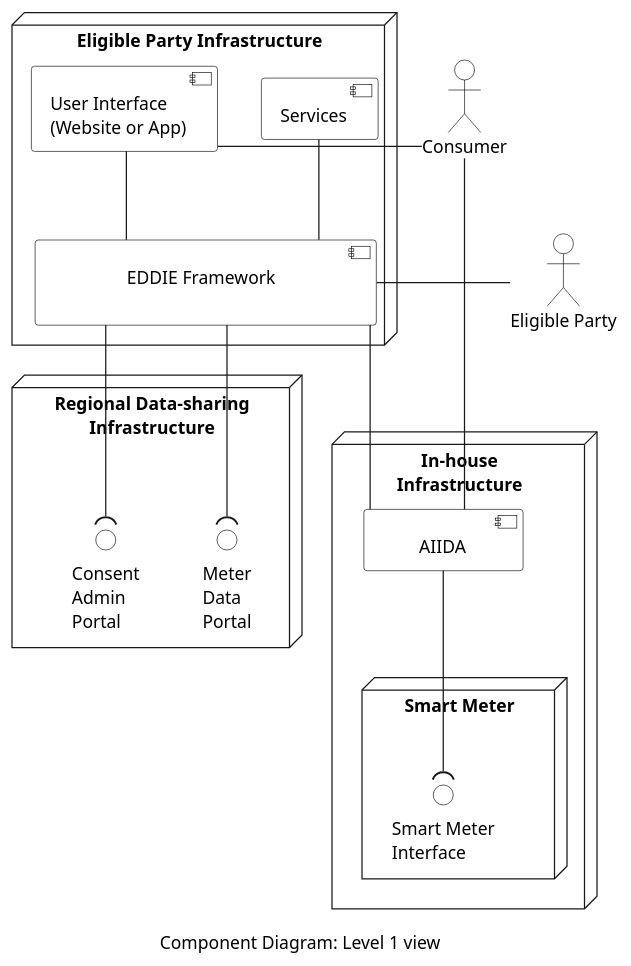
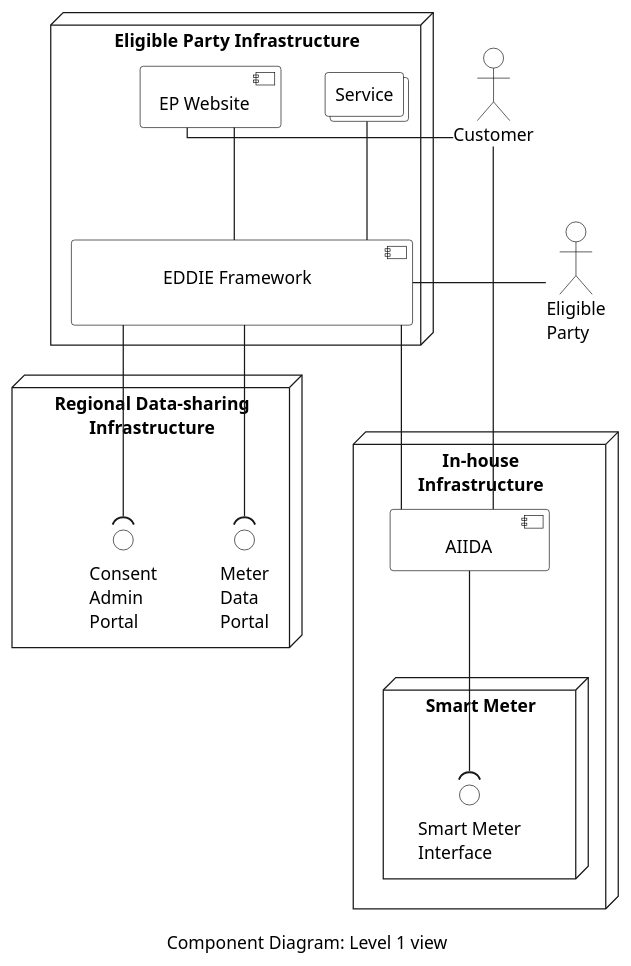
One commit to eddie-energy/architecture changed the diagram in arc42/05-building-block-view/figures/component-diagram-level-1.puml. Above: the diagram before and after it, drawn with PlantUML. The commit also changed 129 other files, not shown here.

```diff
--- a/arc42/05-building-block-view/figures/component-diagram-level-1.puml
+++ b/arc42/05-building-block-view/figures/component-diagram-level-1.puml
@@ -1,64 +1,68 @@
 @startuml component-diagram-level-1
 'component diagram
 caption Component Diagram: Level 1 view
 
 skinparam linetype ortho
 skinparam interface {
   backgroundColor transparent
   borderColor black
 }
 skinparam component{
   BorderColor black
   BackgroundColor transparent
 }
 skinparam actor{
   BorderColor black
   BackgroundColor transparent
 }
 skinparam database{
   BorderColor black
   BackgroundColor transparent
 }
 skinparam rectangle{
   BorderColor transparent
   BackgroundColor transparent
   FontColor transparent
 }
+skinparam collections{
+  BorderColor black
+  BackgroundColor white
+}
 
 
 
 node "Eligible Party Infrastructure"  as epInfra{
   component "\t\tEDDIE Framework\t\t\n" as eddie
-  component "User Interface \n(Website or App)" as ui
-  component "Services" as services
+  component "EP Website" as ui
+  collections "Service" as service
 
   ui -down- eddie
-  ui -[hidden]right- services
-  services -down- eddie
+  ui -[hidden]right- service
+  service -down- eddie
 }
 
 node "In-house\nInfrastructure" {
   component "\tAIIDA\t" as aiida
   node "Smart Meter" as meter {
       interface "Smart Meter\nInterface" as p1
   }
   aiida -down-( p1 
 }
 
 node "Regional Data-sharing\nInfrastructure" as energyProvider {
   interface "Meter\nData\nPortal" as dataPortal
   interface "Consent\nAdmin\nPortal" as adminPortal
 }
 
-actor "Consumer" as consumer
-actor "Eligible Party" as admin
+actor "Customer" as consumer
+actor "Eligible\nParty" as ep
 
-admin -left- eddie
+ep -left- eddie
 consumer -left- ui
 consumer -down- aiida
 
 eddie -down-( adminPortal
 eddie -down-( dataPortal
 eddie -down- aiida
 
 @enduml
```
